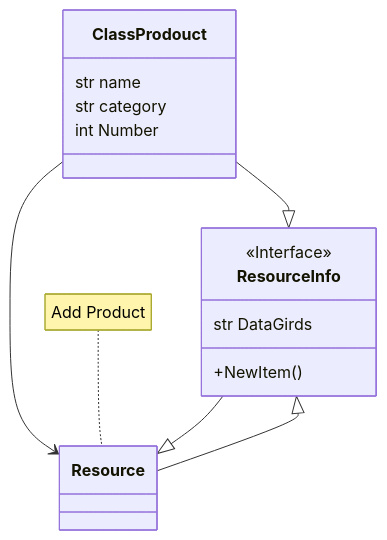
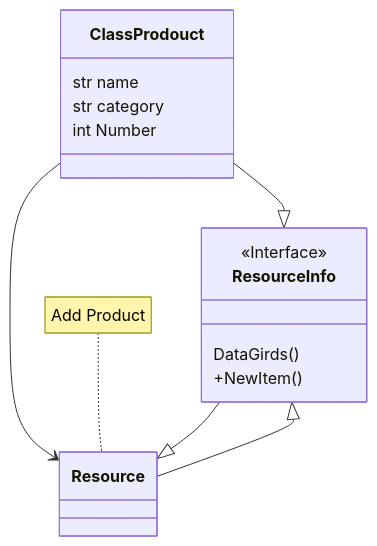
Before and after one commit to Natithorn/Project: the diagram in README.md, drawn with Mermaid.

````diff
--- a/README.md
+++ b/README.md
@@ -15,15 +15,15 @@
 ```mermaid
 classDiagram
 ResourceInfo --|> Resource 
 <<Interface>> ResourceInfo
 Resource --|> ResourceInfo
 note for Resource "Add Product" 
 ClassProdouct --> Resource
 ClassProdouct : str name
 ClassProdouct : str category
 ClassProdouct : int Number
 ClassProdouct --|> ResourceInfo
-ResourceInfo : str DataGirds
+ResourceInfo : DataGirds()
 ResourceInfo : +NewItem()
 
 ```
````
